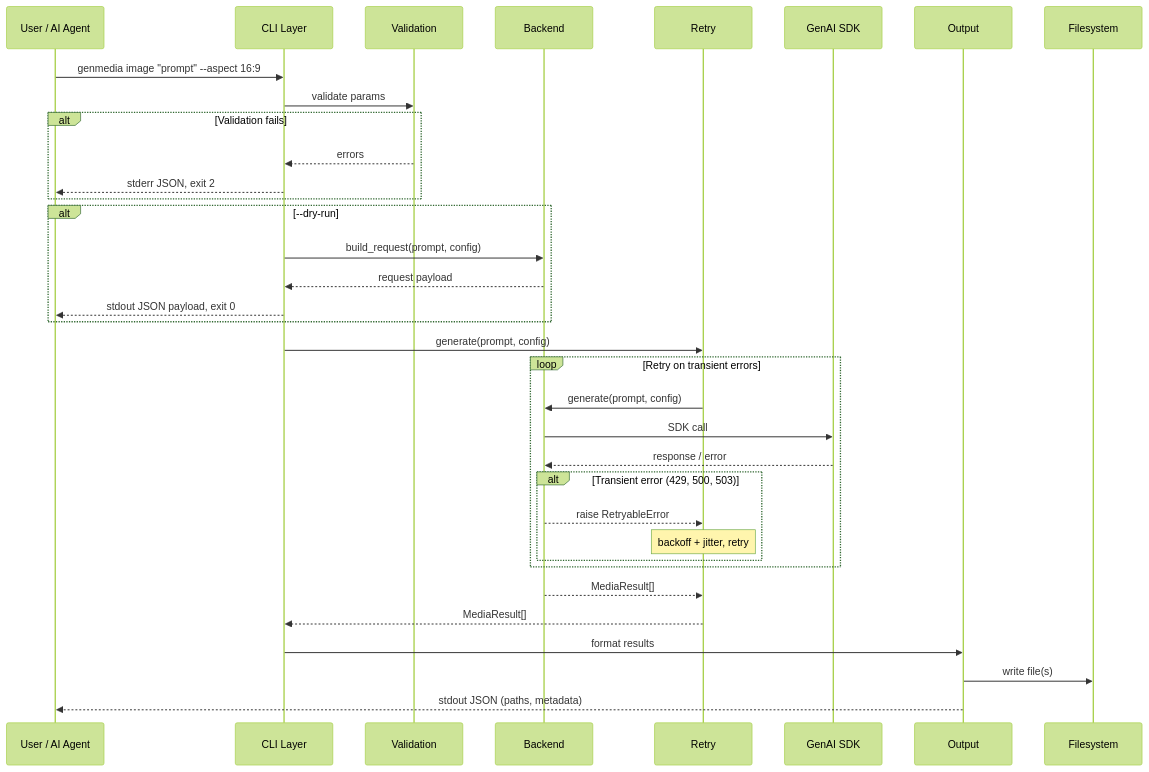
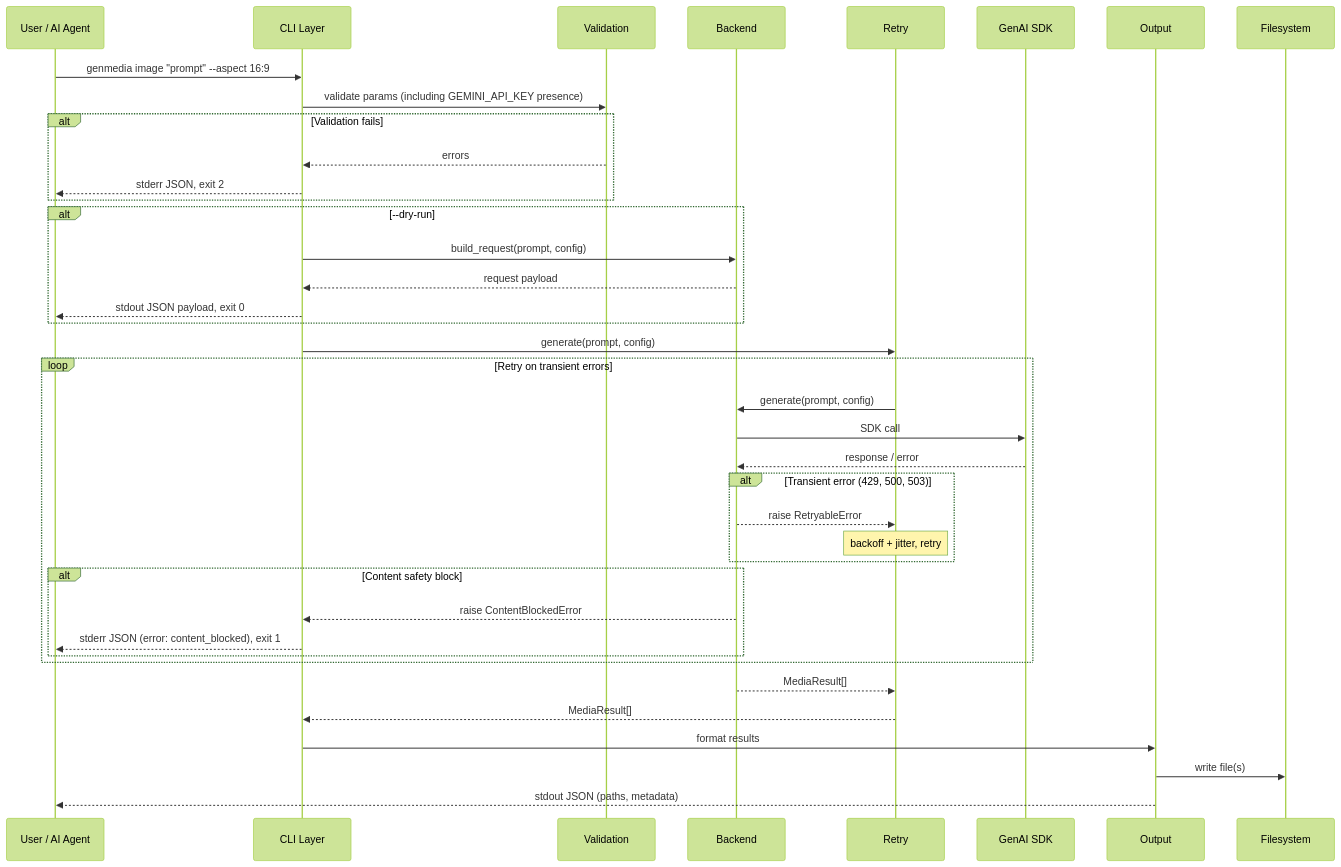
Before and after one commit to tennyson-mccalla/genmedia: the second of 5 diagrams in docs/superpowers/specs/2026-03-23-genmedia-cli-design.md, drawn with Mermaid (forest theme). The commit also changed other lines of this file and 1 other file, not shown here.

````diff
--- a/docs/superpowers/specs/2026-03-23-genmedia-cli-design.md
+++ b/docs/superpowers/specs/2026-03-23-genmedia-cli-design.md
@@ -73,44 +77,49 @@
 ```mermaid
 sequenceDiagram
     participant Caller as User / AI Agent
     participant CLI as CLI Layer
     participant Val as Validation
     participant Backend as Backend
     participant Retry as Retry
     participant SDK as GenAI SDK
     participant Out as Output
     participant FS as Filesystem
 
     Caller->>CLI: genmedia image "prompt" --aspect 16:9
-    CLI->>Val: validate params
+    CLI->>Val: validate params (including GEMINI_API_KEY presence)
 
     alt Validation fails
         Val-->>CLI: errors
         CLI-->>Caller: stderr JSON, exit 2
     end
 
     alt --dry-run
         CLI->>Backend: build_request(prompt, config)
         Backend-->>CLI: request payload
         CLI-->>Caller: stdout JSON payload, exit 0
     end
 
     CLI->>Retry: generate(prompt, config)
 
     loop Retry on transient errors
         Retry->>Backend: generate(prompt, config)
         Backend->>SDK: SDK call
         SDK-->>Backend: response / error
 
         alt Transient error (429, 500, 503)
             Backend-->>Retry: raise RetryableError
             Note over Retry: backoff + jitter, retry
         end
+
+        alt Content safety block
+            Backend-->>CLI: raise ContentBlockedError
+            CLI-->>Caller: stderr JSON (error: content_blocked), exit 1
+        end
     end
 
     Backend-->>Retry: MediaResult[]
     Retry-->>CLI: MediaResult[]
     CLI->>Out: format results
     Out->>FS: write file(s)
     Out-->>Caller: stdout JSON (paths, metadata)
 ```
````
